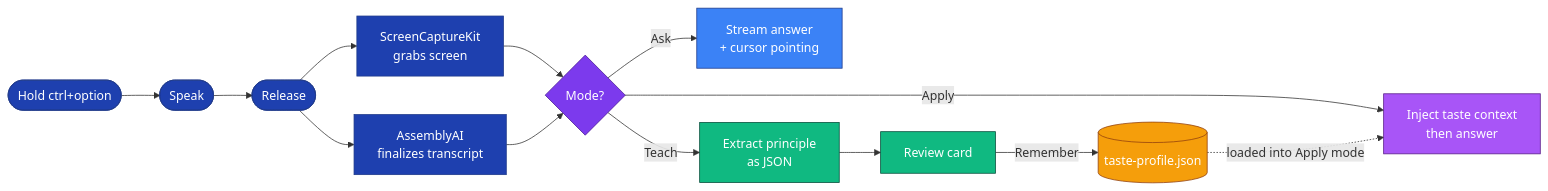
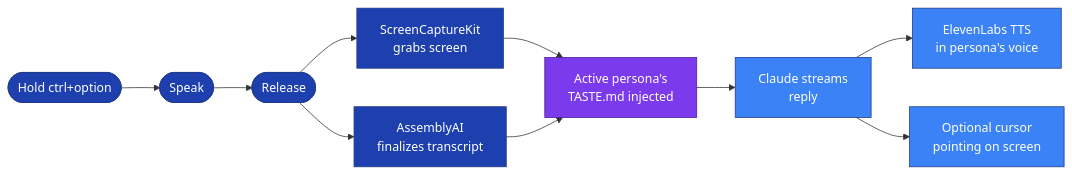
The diagram in README.md (reubxn/sticky), drawn with Mermaid before and after one commit. The commit also changed other lines of this file, not shown here.

First line of the commit message:
correct README architecture: Sticky / personas / Ask + Teach

````diff
--- a/README.md
+++ b/README.md
@@ -74,29 +75,20 @@
 ```mermaid
 flowchart LR
     A([Hold ctrl+option]) --> B([Speak])
     B --> C([Release])
     C --> D[ScreenCaptureKit<br/>grabs screen]
     C --> E[AssemblyAI<br/>finalizes transcript]
-    D --> F{Mode?}
+    D --> F[Active persona's<br/>TASTE.md injected]
     E --> F
-    F -->|Ask| G[Stream answer<br/>+ cursor pointing]
-    F -->|Teach| H[Extract principle<br/>as JSON]
-    F -->|Apply| I[Inject taste context<br/>then answer]
-    H --> J[Review card]
-    J -->|Remember| K[(taste-profile.json)]
-    K -.->|loaded into Apply mode| I
+    F --> G[Claude streams<br/>reply]
+    G --> H[ElevenLabs TTS<br/>in persona's voice]
+    G --> I[Optional cursor<br/>pointing on screen]
 
     classDef capture fill:#1E40AF,stroke:#1E3A8A,color:#fff
-    classDef ask fill:#3B82F6,stroke:#1E3A8A,color:#fff
-    classDef teach fill:#10B981,stroke:#064E3B,color:#fff
-    classDef apply fill:#A855F7,stroke:#581C87,color:#fff
-    classDef store fill:#F59E0B,stroke:#92400E,color:#fff
-    classDef router fill:#7C3AED,stroke:#4C1D95,color:#fff
+    classDef inject fill:#7C3AED,stroke:#4C1D95,color:#fff
+    classDef out fill:#3B82F6,stroke:#1E3A8A,color:#fff
 
     class A,B,C,D,E capture
-    class F router
-    class G ask
-    class H,J teach
-    class I apply
-    class K store
+    class F inject
+    class G,H,I out
 ```
````
